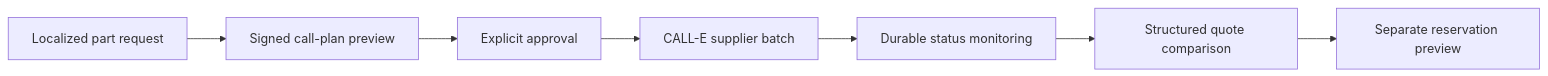
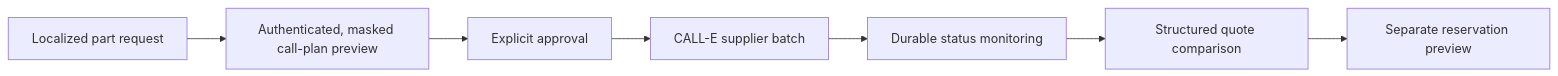
The diagram in README.md (Brikita/Sp-Scout), drawn with Mermaid before and after one commit. The commit also changed other lines of this file and 25 other files, not shown here.

````diff
--- a/README.md
+++ b/README.md
@@ -24,9 +24,9 @@
 ```mermaid
 flowchart LR
-  A["Localized part request"] --> B["Signed call-plan preview"]
+  A["Localized part request"] --> B["Authenticated, masked call-plan preview"]
   B --> C["Explicit approval"]
   C --> D["CALL-E supplier batch"]
   D --> E["Durable status monitoring"]
   E --> F["Structured quote comparison"]
   F --> G["Separate reservation preview"]
 ```
````
